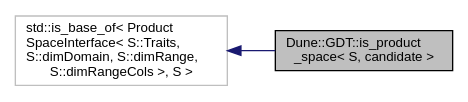
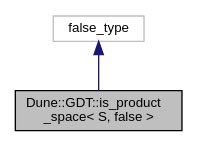
Before and after one commit to dune-community/dune-community.github.io: the diagram in docs/dune-gdt/master/a03112.dot, drawn with Graphviz. The commit also changed 1984 other files, not shown here.

Commit message:
Updated documentation for dune-gdt master

```diff
--- a/docs/dune-gdt/master/a03112.dot
+++ b/docs/dune-gdt/master/a03112.dot
@@ -1,9 +1,8 @@
-digraph "Dune::GDT::is_product_space&lt; S, candidate &gt;"
+digraph "Dune::GDT::is_product_space&lt; S, false &gt;"
 {
   edge [fontname="Helvetica",fontsize="10",labelfontname="Helvetica",labelfontsize="10"];
   node [fontname="Helvetica",fontsize="10",shape=record];
-  rankdir="LR";
-  Node0 [label="Dune::GDT::is_product\l_space\< S, candidate \>",height=0.2,width=0.4,color="black", fillcolor="grey75", style="filled", fontcolor="black"];
+  Node0 [label="Dune::GDT::is_product\l_space\< S, false \>",height=0.2,width=0.4,color="black", fillcolor="grey75", style="filled", fontcolor="black"];
   Node1 -> Node0 [dir="back",color="midnightblue",fontsize="10",style="solid",fontname="Helvetica"];
-  Node1 [label="std::is_base_of\< Product\lSpaceInterface\< S::Traits,\l S::dimDomain, S::dimRange,\l S::dimRangeCols \>, S \>",height=0.2,width=0.4,color="grey75", fillcolor="white", style="filled"];
+  Node1 [label="false_type",height=0.2,width=0.4,color="grey75", fillcolor="white", style="filled"];
 }
```
